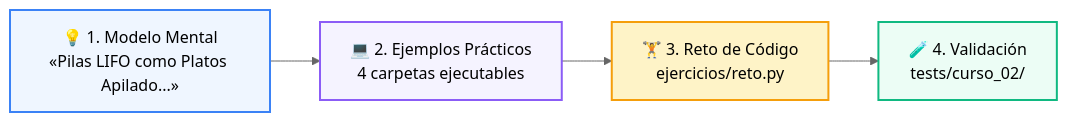
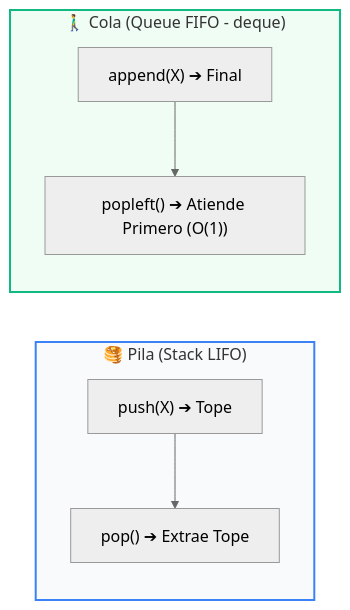
The diagram in 02-algoritmos-estructuras/clase-02-pilas-y-colas/README.md (wisrovi/wisrovi-python), drawn with Mermaid (neutral theme) before and after one commit. The commit also changed other lines of this file and 271 other files, not shown here.

Commit message:
docs: rewrite all README.md files with bespoke topic-specific Mermaid diagrams and remove repetitive boilerplate

````diff
--- a/02-algoritmos-estructuras/clase-02-pilas-y-colas/README.md
+++ b/02-algoritmos-estructuras/clase-02-pilas-y-colas/README.md
@@ -19,11 +12,12 @@
 ```mermaid
 flowchart LR
-    M["💡 1. Modelo Mental<br/>«Pilas LIFO como Platos Apilado...»"] --> E["💻 2. Ejemplos Prácticos<br/>4 carpetas ejecutables"]
-    E --> R["🏋️ 3. Reto de Código<br/>ejercicios/reto.py"]
-    R --> T["🧪 4. Validación<br/>tests/curso_02/"]
+    subgraph Pila["🥞 Pila (Stack LIFO)"]
+        P_IN["push(X) ➔ Tope"] --> P_OUT["pop() ➔ Extrae Tope"]
+    end
+    subgraph Cola["🚶‍♂️ Cola (Queue FIFO - deque)"]
+        Q_IN["append(X) ➔ Final"] --> Q_OUT["popleft() ➔ Atiende Primero (O(1))"]
+    end
 
-    style M fill:#eff6ff,stroke:#3b82f6,stroke-width:2px
-    style E fill:#f5f3ff,stroke:#8b5cf6,stroke-width:2px
-    style R fill:#fef3c7,stroke:#f59e0b,stroke-width:2px
-    style T fill:#ecfdf5,stroke:#10b981,stroke-width:2px
+    style Pila fill:#f8fafc,stroke:#3b82f6,stroke-width:2px
+    style Cola fill:#f0fdf4,stroke:#10b981,stroke-width:2px
 ```
````
